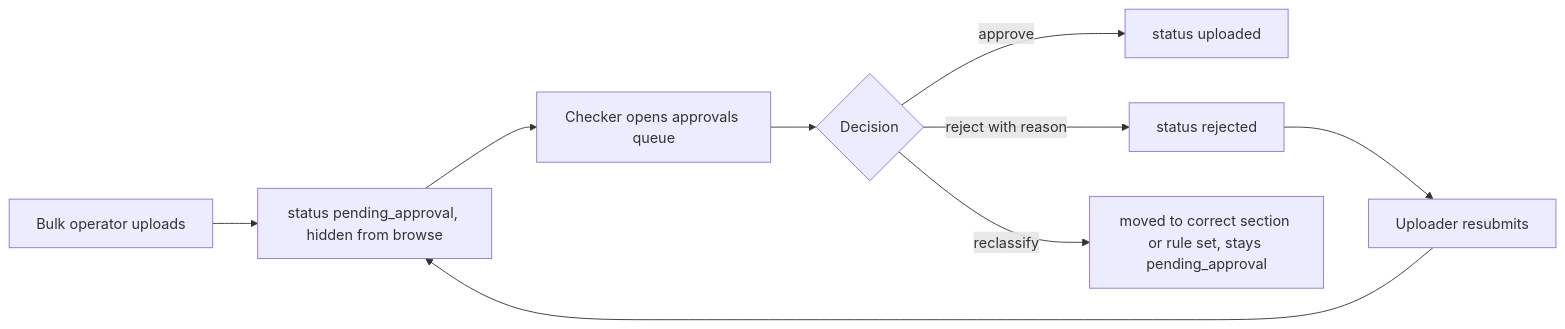
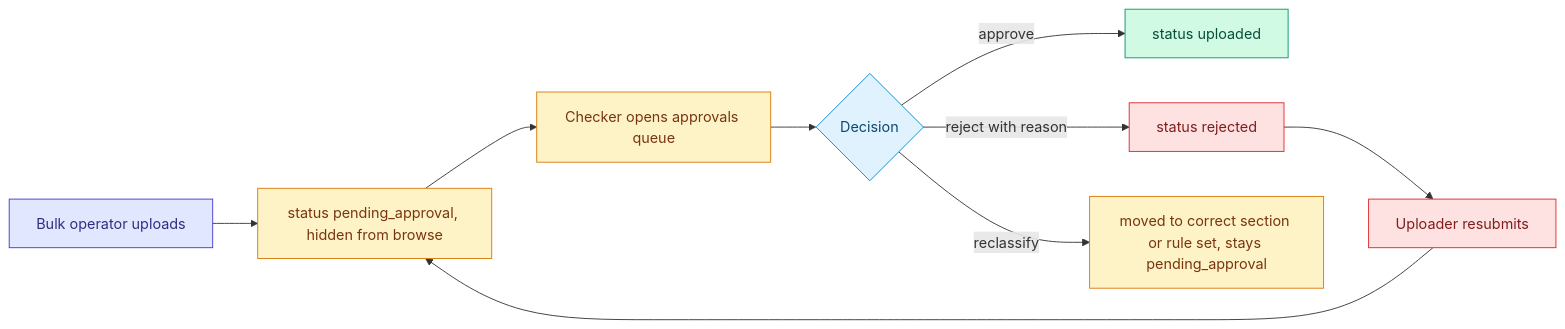
Before and after one commit to SubhanRaj/pdf-markdown-pipeline: the fourth of 6 diagrams in APP_FLOW.md, drawn with Mermaid. The commit also changed other lines of this file and 1 other file, not shown here.

First line of the commit message:
docs: add color styling to mermaid diagrams in APP_FLOW.md and OCR_RESEARCH.md

````diff
--- a/APP_FLOW.md
+++ b/APP_FLOW.md
@@ -98,11 +129,23 @@
 ```mermaid
 flowchart LR
+    classDef entry fill:#e0e7ff,stroke:#4338ca,color:#312e81
+    classDef pending fill:#fef3c7,stroke:#d97706,color:#78350f
+    classDef decision fill:#e0f2fe,stroke:#0284c7,color:#0c4a6e
+    classDef good fill:#d1fae5,stroke:#059669,color:#064e3b
+    classDef bad fill:#fee2e2,stroke:#dc2626,color:#7f1d1d
+
     M1[Bulk operator uploads] --> M2[status pending_approval, hidden from browse]
     M2 --> C1[Checker opens approvals queue]
     C1 --> C2{Decision}
     C2 -->|approve| C3[status uploaded]
     C2 -->|reject with reason| C4[status rejected]
     C2 -->|reclassify| C5[moved to correct section or rule set, stays pending_approval]
     C4 --> R1[Uploader resubmits]
     R1 --> M2
+
+    class M1 entry
+    class M2,C1,C5 pending
+    class C2 decision
+    class C3 good
+    class C4,R1 bad
 ```
````
